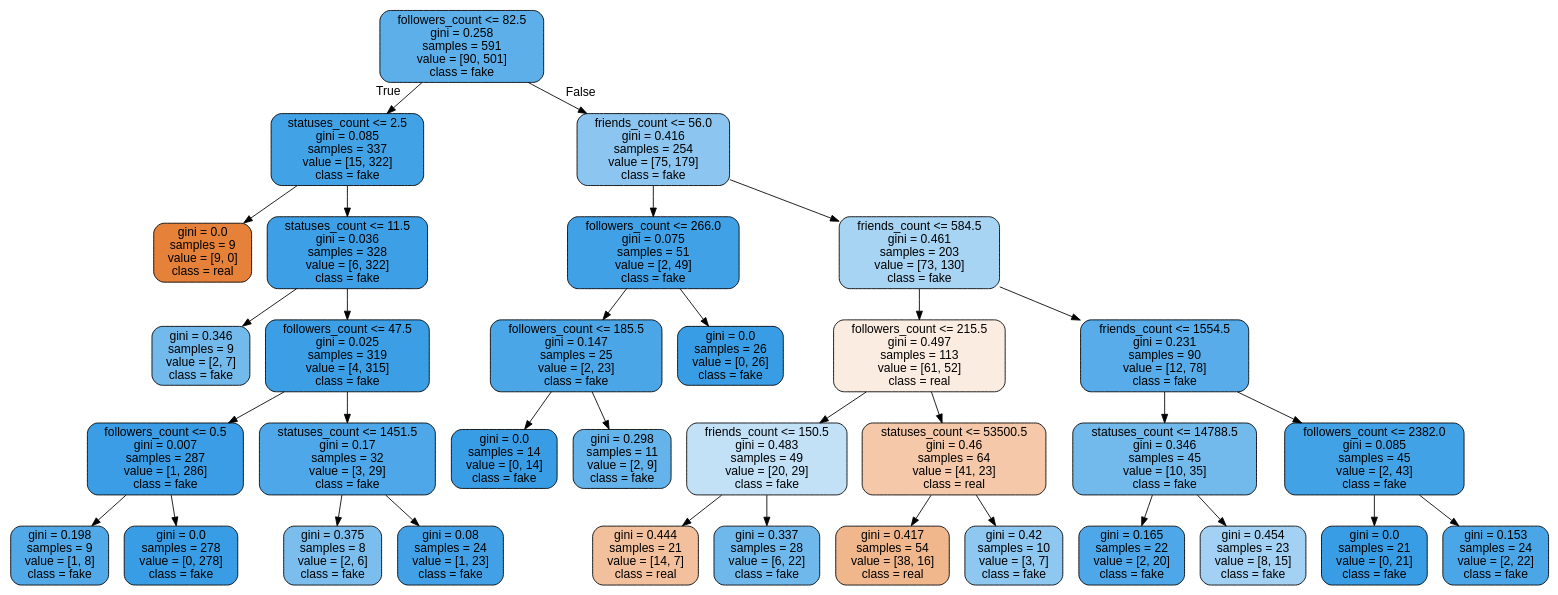
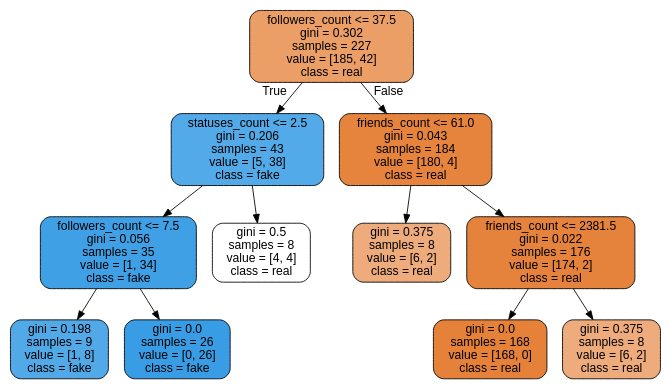
The diagram in bot-detect.dot (ddollar00/BotDet), drawn with Graphviz before and after one commit. The commit also changed 8 other files, not shown here.

```diff
--- a/bot-detect.dot
+++ b/bot-detect.dot
@@ -1,69 +1,25 @@
 digraph Tree {
 node [shape=box, style="filled, rounded", color="black", fontname="helvetica"] ;
 edge [fontname="helvetica"] ;
-0 [label="followers_count <= 82.5\ngini = 0.258\nsamples = 591\nvalue = [90, 501]\nclass = fake", fillcolor="#5dafea"] ;
-1 [label="statuses_count <= 2.5\ngini = 0.085\nsamples = 337\nvalue = [15, 322]\nclass = fake", fillcolor="#42a2e6"] ;
+0 [label="followers_count <= 37.5\ngini = 0.302\nsamples = 227\nvalue = [185, 42]\nclass = real", fillcolor="#eb9e66"] ;
+1 [label="statuses_count <= 2.5\ngini = 0.206\nsamples = 43\nvalue = [5, 38]\nclass = fake", fillcolor="#53aae8"] ;
 0 -> 1 [labeldistance=2.5, labelangle=45, headlabel="True"] ;
-2 [label="gini = 0.0\nsamples = 9\nvalue = [9, 0]\nclass = real", fillcolor="#e58139"] ;
+2 [label="followers_count <= 7.5\ngini = 0.056\nsamples = 35\nvalue = [1, 34]\nclass = fake", fillcolor="#3fa0e6"] ;
 1 -> 2 ;
-3 [label="statuses_count <= 11.5\ngini = 0.036\nsamples = 328\nvalue = [6, 322]\nclass = fake", fillcolor="#3d9fe5"] ;
-1 -> 3 ;
-4 [label="gini = 0.346\nsamples = 9\nvalue = [2, 7]\nclass = fake", fillcolor="#72b9ec"] ;
-3 -> 4 ;
-5 [label="followers_count <= 47.5\ngini = 0.025\nsamples = 319\nvalue = [4, 315]\nclass = fake", fillcolor="#3c9ee5"] ;
-3 -> 5 ;
-6 [label="followers_count <= 0.5\ngini = 0.007\nsamples = 287\nvalue = [1, 286]\nclass = fake", fillcolor="#3a9de5"] ;
-5 -> 6 ;
-7 [label="gini = 0.198\nsamples = 9\nvalue = [1, 8]\nclass = fake", fillcolor="#52a9e8"] ;
+3 [label="gini = 0.198\nsamples = 9\nvalue = [1, 8]\nclass = fake", fillcolor="#52a9e8"] ;
+2 -> 3 ;
+4 [label="gini = 0.0\nsamples = 26\nvalue = [0, 26]\nclass = fake", fillcolor="#399de5"] ;
+2 -> 4 ;
+5 [label="gini = 0.5\nsamples = 8\nvalue = [4, 4]\nclass = real", fillcolor="#ffffff"] ;
+1 -> 5 ;
+6 [label="friends_count <= 61.0\ngini = 0.043\nsamples = 184\nvalue = [180, 4]\nclass = real", fillcolor="#e6843d"] ;
+0 -> 6 [labeldistance=2.5, labelangle=-45, headlabel="False"] ;
+7 [label="gini = 0.375\nsamples = 8\nvalue = [6, 2]\nclass = real", fillcolor="#eeab7b"] ;
 6 -> 7 ;
-8 [label="gini = 0.0\nsamples = 278\nvalue = [0, 278]\nclass = fake", fillcolor="#399de5"] ;
+8 [label="friends_count <= 2381.5\ngini = 0.022\nsamples = 176\nvalue = [174, 2]\nclass = real", fillcolor="#e5823b"] ;
 6 -> 8 ;
-9 [label="statuses_count <= 1451.5\ngini = 0.17\nsamples = 32\nvalue = [3, 29]\nclass = fake", fillcolor="#4da7e8"] ;
-5 -> 9 ;
-10 [label="gini = 0.375\nsamples = 8\nvalue = [2, 6]\nclass = fake", fillcolor="#7bbeee"] ;
-9 -> 10 ;
-11 [label="gini = 0.08\nsamples = 24\nvalue = [1, 23]\nclass = fake", fillcolor="#42a1e6"] ;
-9 -> 11 ;
-12 [label="friends_count <= 56.0\ngini = 0.416\nsamples = 254\nvalue = [75, 179]\nclass = fake", fillcolor="#8cc6f0"] ;
-0 -> 12 [labeldistance=2.5, labelangle=-45, headlabel="False"] ;
-13 [label="followers_count <= 266.0\ngini = 0.075\nsamples = 51\nvalue = [2, 49]\nclass = fake", fillcolor="#41a1e6"] ;
-12 -> 13 ;
-14 [label="followers_count <= 185.5\ngini = 0.147\nsamples = 25\nvalue = [2, 23]\nclass = fake", fillcolor="#4aa6e7"] ;
-13 -> 14 ;
-15 [label="gini = 0.0\nsamples = 14\nvalue = [0, 14]\nclass = fake", fillcolor="#399de5"] ;
-14 -> 15 ;
-16 [label="gini = 0.298\nsamples = 11\nvalue = [2, 9]\nclass = fake", fillcolor="#65b3eb"] ;
-14 -> 16 ;
-17 [label="gini = 0.0\nsamples = 26\nvalue = [0, 26]\nclass = fake", fillcolor="#399de5"] ;
-13 -> 17 ;
-18 [label="friends_count <= 584.5\ngini = 0.461\nsamples = 203\nvalue = [73, 130]\nclass = fake", fillcolor="#a8d4f4"] ;
-12 -> 18 ;
-19 [label="followers_count <= 215.5\ngini = 0.497\nsamples = 113\nvalue = [61, 52]\nclass = real", fillcolor="#fbece2"] ;
-18 -> 19 ;
-20 [label="friends_count <= 150.5\ngini = 0.483\nsamples = 49\nvalue = [20, 29]\nclass = fake", fillcolor="#c2e1f7"] ;
-19 -> 20 ;
-21 [label="gini = 0.444\nsamples = 21\nvalue = [14, 7]\nclass = real", fillcolor="#f2c09c"] ;
-20 -> 21 ;
-22 [label="gini = 0.337\nsamples = 28\nvalue = [6, 22]\nclass = fake", fillcolor="#6fb8ec"] ;
-20 -> 22 ;
-23 [label="statuses_count <= 53500.5\ngini = 0.46\nsamples = 64\nvalue = [41, 23]\nclass = real", fillcolor="#f4c8a8"] ;
-19 -> 23 ;
-24 [label="gini = 0.417\nsamples = 54\nvalue = [38, 16]\nclass = real", fillcolor="#f0b68c"] ;
-23 -> 24 ;
-25 [label="gini = 0.42\nsamples = 10\nvalue = [3, 7]\nclass = fake", fillcolor="#8ec7f0"] ;
-23 -> 25 ;
-26 [label="friends_count <= 1554.5\ngini = 0.231\nsamples = 90\nvalue = [12, 78]\nclass = fake", fillcolor="#57ace9"] ;
-18 -> 26 ;
-27 [label="statuses_count <= 14788.5\ngini = 0.346\nsamples = 45\nvalue = [10, 35]\nclass = fake", fillcolor="#72b9ec"] ;
-26 -> 27 ;
-28 [label="gini = 0.165\nsamples = 22\nvalue = [2, 20]\nclass = fake", fillcolor="#4da7e8"] ;
-27 -> 28 ;
-29 [label="gini = 0.454\nsamples = 23\nvalue = [8, 15]\nclass = fake", fillcolor="#a3d1f3"] ;
-27 -> 29 ;
-30 [label="followers_count <= 2382.0\ngini = 0.085\nsamples = 45\nvalue = [2, 43]\nclass = fake", fillcolor="#42a2e6"] ;
-26 -> 30 ;
-31 [label="gini = 0.0\nsamples = 21\nvalue = [0, 21]\nclass = fake", fillcolor="#399de5"] ;
-30 -> 31 ;
-32 [label="gini = 0.153\nsamples = 24\nvalue = [2, 22]\nclass = fake", fillcolor="#4ba6e7"] ;
-30 -> 32 ;
+9 [label="gini = 0.0\nsamples = 168\nvalue = [168, 0]\nclass = real", fillcolor="#e58139"] ;
+8 -> 9 ;
+10 [label="gini = 0.375\nsamples = 8\nvalue = [6, 2]\nclass = real", fillcolor="#eeab7b"] ;
+8 -> 10 ;
 }
```
